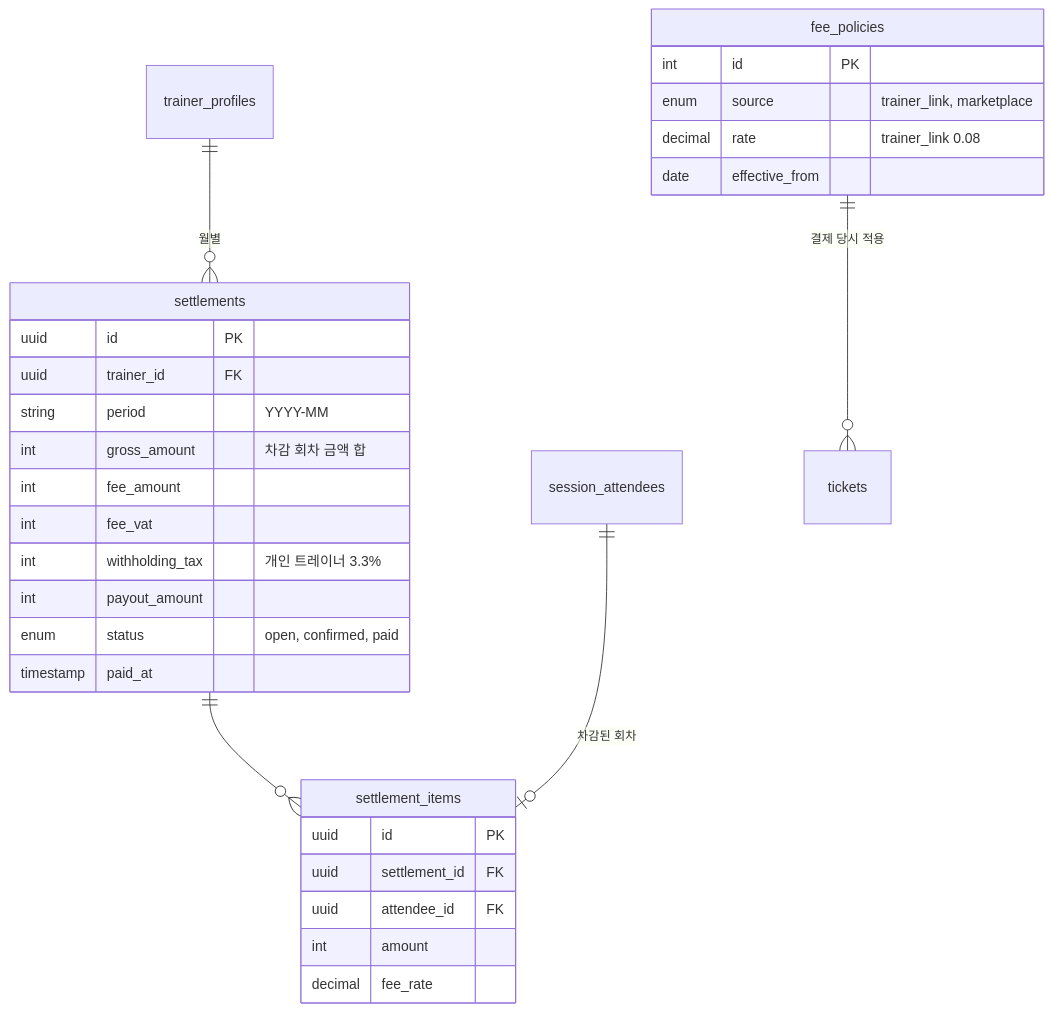
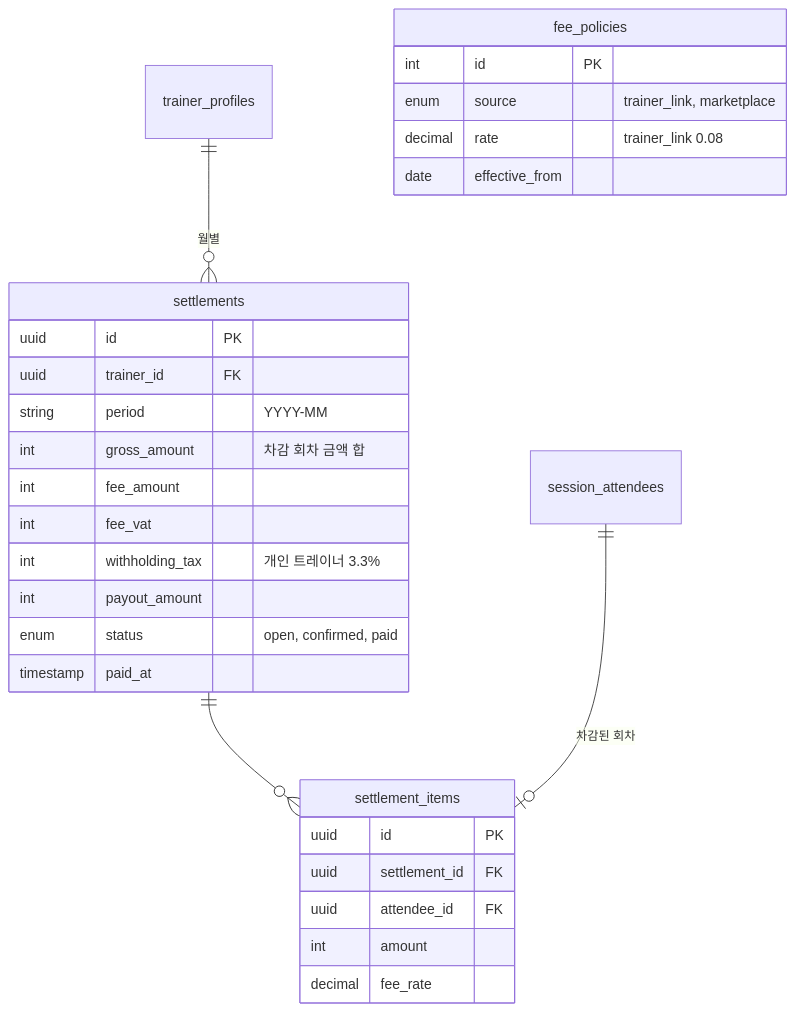
One commit to Yun-Jehyeok/vocals changed the fifth of 7 diagrams in docs/erd.md. Above: the diagram before and after it, drawn with Mermaid. The commit also changed other lines of this file and 2 other files, not shown here.

````diff
--- a/docs/erd.md
+++ b/docs/erd.md
@@ -333,33 +333,32 @@
 ```mermaid
 erDiagram
     trainer_profiles ||--o{ settlements : "월별"
     settlements ||--o{ settlement_items : ""
     session_attendees ||--o| settlement_items : "차감된 회차"
-    fee_policies ||--o{ tickets : "결제 당시 적용"
 
     fee_policies {
         int id PK
         enum source "trainer_link, marketplace"
         decimal rate "trainer_link 0.08"
         date effective_from
     }
     settlements {
         uuid id PK
         uuid trainer_id FK
         string period "YYYY-MM"
         int gross_amount "차감 회차 금액 합"
         int fee_amount
         int fee_vat
         int withholding_tax "개인 트레이너 3.3%"
         int payout_amount
         enum status "open, confirmed, paid"
         timestamp paid_at
     }
     settlement_items {
         uuid id PK
         uuid settlement_id FK
         uuid attendee_id FK
         int amount
         decimal fee_rate
     }
 ```
````
